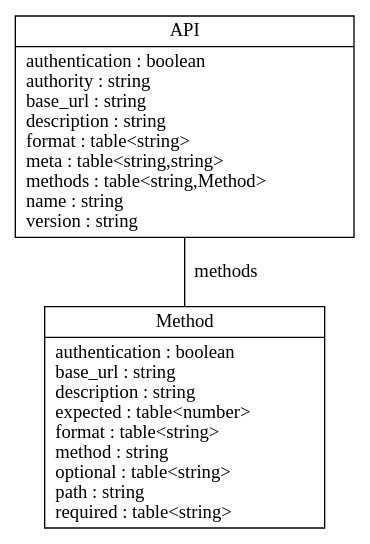
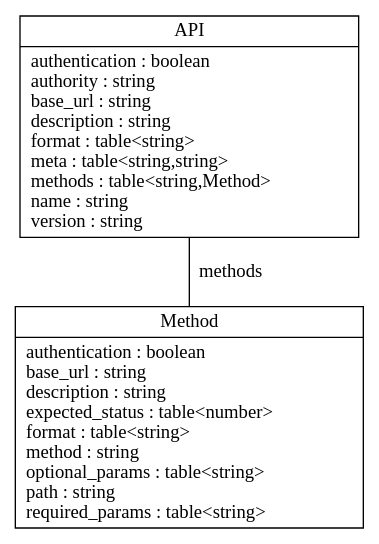
One commit to SPORE/specifications changed the diagram in uml/api.dot. Above: the diagram before and after it, drawn with Graphviz. The commit also changed 3 other files, not shown here.

```diff
--- a/uml/api.dot
+++ b/uml/api.dot
@@ -1,13 +1,13 @@
 digraph {
 
     node [shape=record];
 
     "Method"
-        [label="{\N|authentication : boolean\lbase_url : string\ldescription : string\lexpected : table&lt;number&gt;\lformat : table&lt;string&gt;\lmethod : string\loptional : table&lt;string&gt;\lpath : string\lrequired : table&lt;string&gt;\l}"];
+        [label="{\N|authentication : boolean\lbase_url : string\ldescription : string\lexpected_status : table&lt;number&gt;\lformat : table&lt;string&gt;\lmethod : string\loptional_params : table&lt;string&gt;\lpath : string\lrequired_params : table&lt;string&gt;\l}"];
 
     "API"
         [label="{\N|authentication : boolean\lauthority : string\lbase_url : string\ldescription : string\lformat : table&lt;string&gt;\lmeta : table&lt;string,string&gt;\lmethods : table&lt;string,Method&gt;\lname : string\lversion : string\l}"];
     "API" -> "Method" // attr isa table<string,Method>
         [label = "methods", arrowhead = none, arrowtail = odiamond];
 
 }
```
